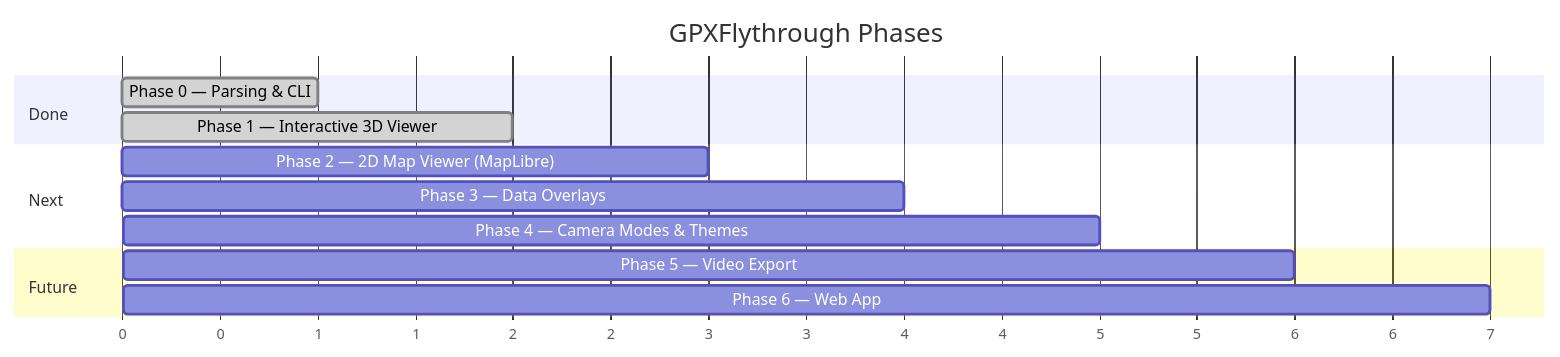
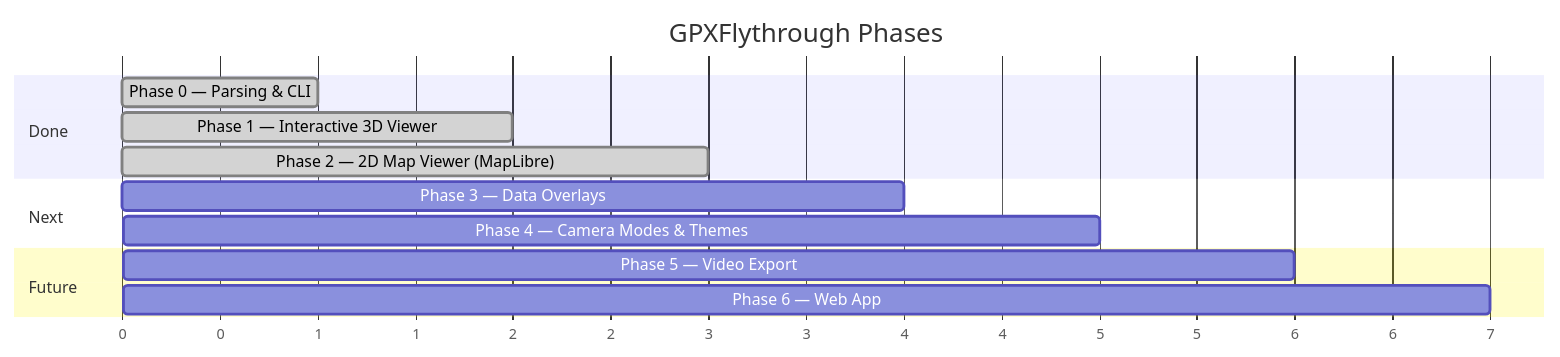
Before and after one commit to nick8592/GPXFlythrough: the third of 3 diagrams in README.md, drawn with Mermaid. The commit also changed other lines of this file and 1 other file, not shown here.

First line of the commit message:
Add renderer2d CI job and update README for Phase 2

````diff
--- a/README.md
+++ b/README.md
@@ -230,19 +255,19 @@
 ```mermaid
 gantt
     title GPXFlythrough Phases
     dateFormat X
     axisFormat %s
 
     section Done
     Phase 0 — Parsing & CLI          :done, p0, 0, 1
     Phase 1 — Interactive 3D Viewer   :done, p1, 1, 2
+    Phase 2 — 2D Map Viewer (MapLibre):done, p2, 2, 3
 
     section Next
-    Phase 2 — 2D Map Viewer (MapLibre): p2, 2, 3
     Phase 3 — Data Overlays           : p3, 3, 4
     Phase 4 — Camera Modes & Themes   : p4, 4, 5
 
     section Future
     Phase 5 — Video Export            : p5, 5, 6
     Phase 6 — Web App                 : p6, 6, 7
 ```
````
